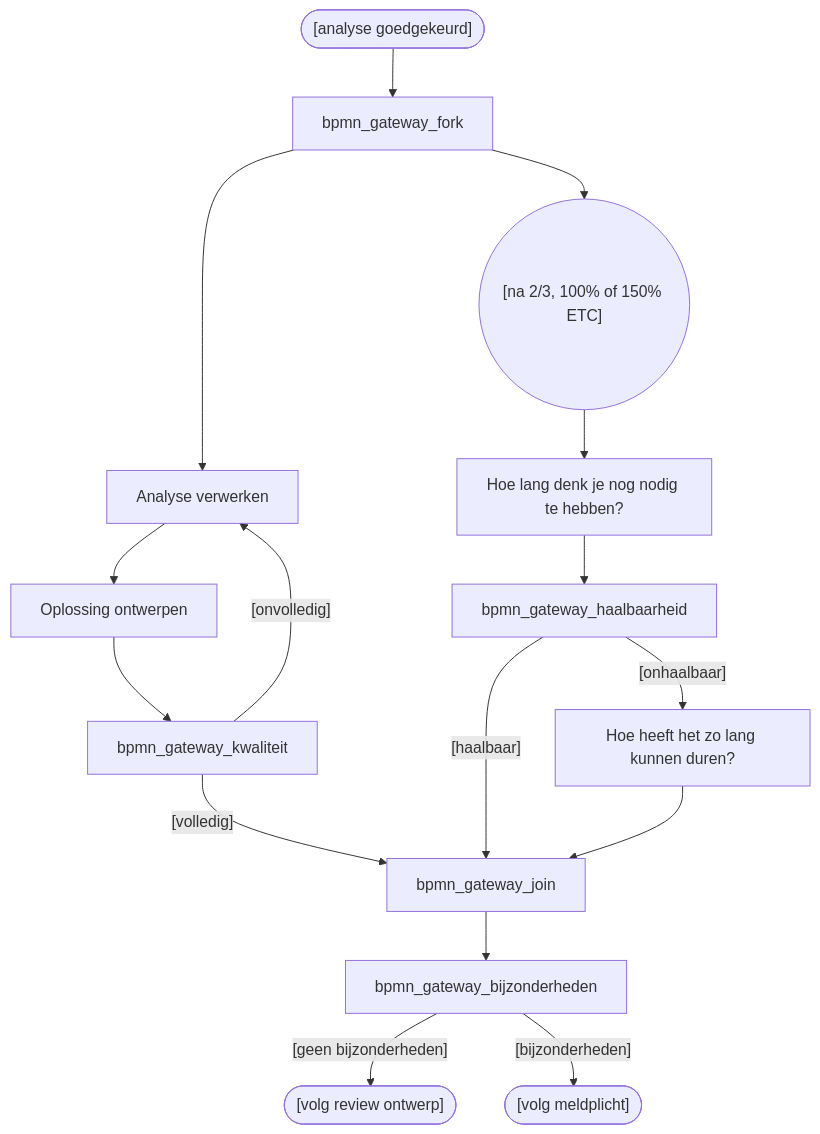
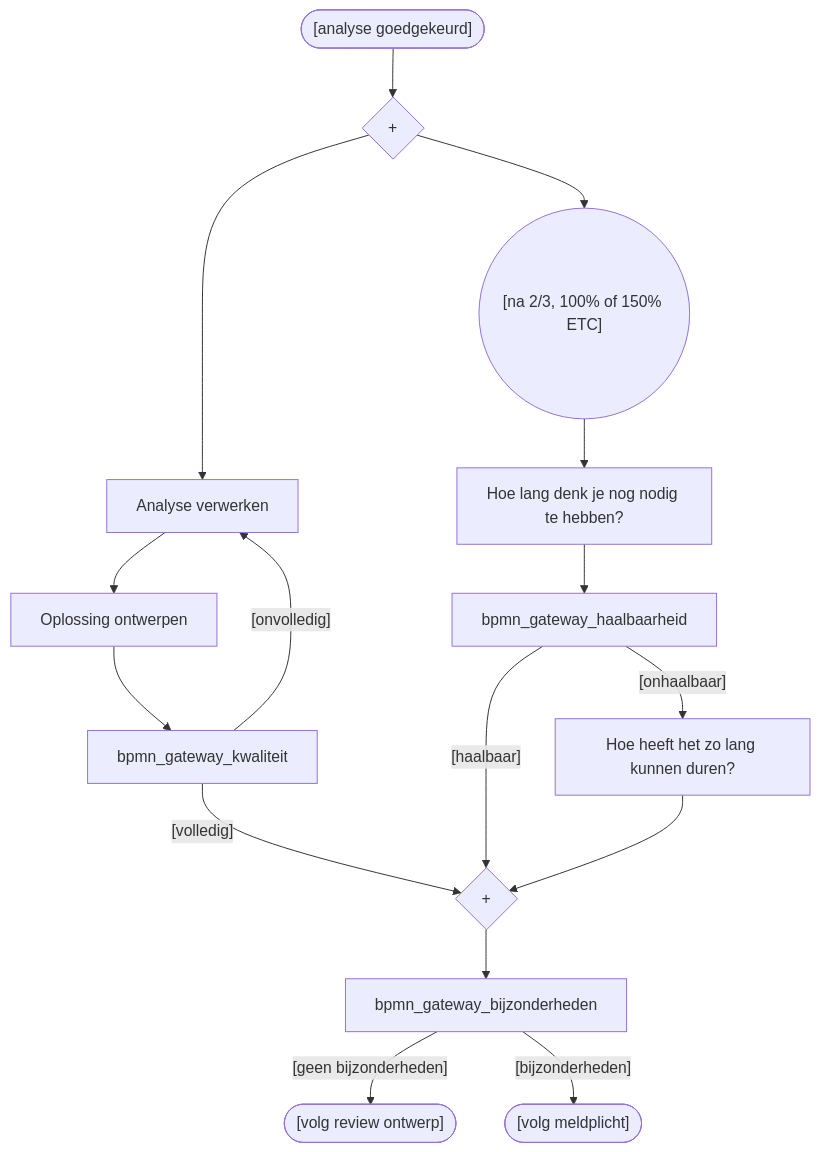
The diagram in 5 Issue Tracker ontwerp.mermaid (Zaibatsu89/IssueTracker), drawn with Mermaid before and after one commit. The commit also changed 12 other files, not shown here.

Commit message:
Added BPMN / Flowchart Gateways and decisions

```diff
--- a/5 Issue Tracker ontwerp.mermaid
+++ b/5 Issue Tracker ontwerp.mermaid
@@ -1,24 +1,26 @@
 flowchart TD
     bpmn_start_event(["[analyse goedgekeurd]"])
+    bpmn_gateway_fork{"+"}
     bpmn_task_intake["Analyse verwerken"]
     bpmn_task_oplossing["Oplossing ontwerpen"]
     bpmn_event_etc(("[na 2/3, 100% of 150% ETC]"))
     bpmn_task_inschatting["Hoe lang denk je nog nodig te hebben?"]
     bpmn_task_verantwoording["Hoe heeft het zo lang kunnen duren?"]
+    bpmn_gateway_join{"+"}
     bpmn_end_regulier(["[volg review ontwerp]"])
     bpmn_end_bijzonderheden(["[volg meldplicht]"])
     bpmn_gateway_kwaliteit -->|"[onvolledig]"| bpmn_task_intake
     bpmn_gateway_kwaliteit -->|"[volledig]"| bpmn_gateway_join
     bpmn_gateway_haalbaarheid -->|"[haalbaar]"| bpmn_gateway_join
     bpmn_gateway_haalbaarheid -->|"[onhaalbaar]"| bpmn_task_verantwoording
     bpmn_gateway_bijzonderheden -->|"[geen bijzonderheden]"| bpmn_end_regulier
     bpmn_gateway_bijzonderheden -->|"[bijzonderheden]"| bpmn_end_bijzonderheden
     bpmn_start_event --> bpmn_gateway_fork
     bpmn_gateway_fork --> bpmn_task_intake
     bpmn_gateway_fork --> bpmn_event_etc
     bpmn_task_intake --> bpmn_task_oplossing
     bpmn_task_oplossing --> bpmn_gateway_kwaliteit
     bpmn_event_etc --> bpmn_task_inschatting
     bpmn_task_inschatting --> bpmn_gateway_haalbaarheid
     bpmn_task_verantwoording --> bpmn_gateway_join
     bpmn_gateway_join --> bpmn_gateway_bijzonderheden
```
